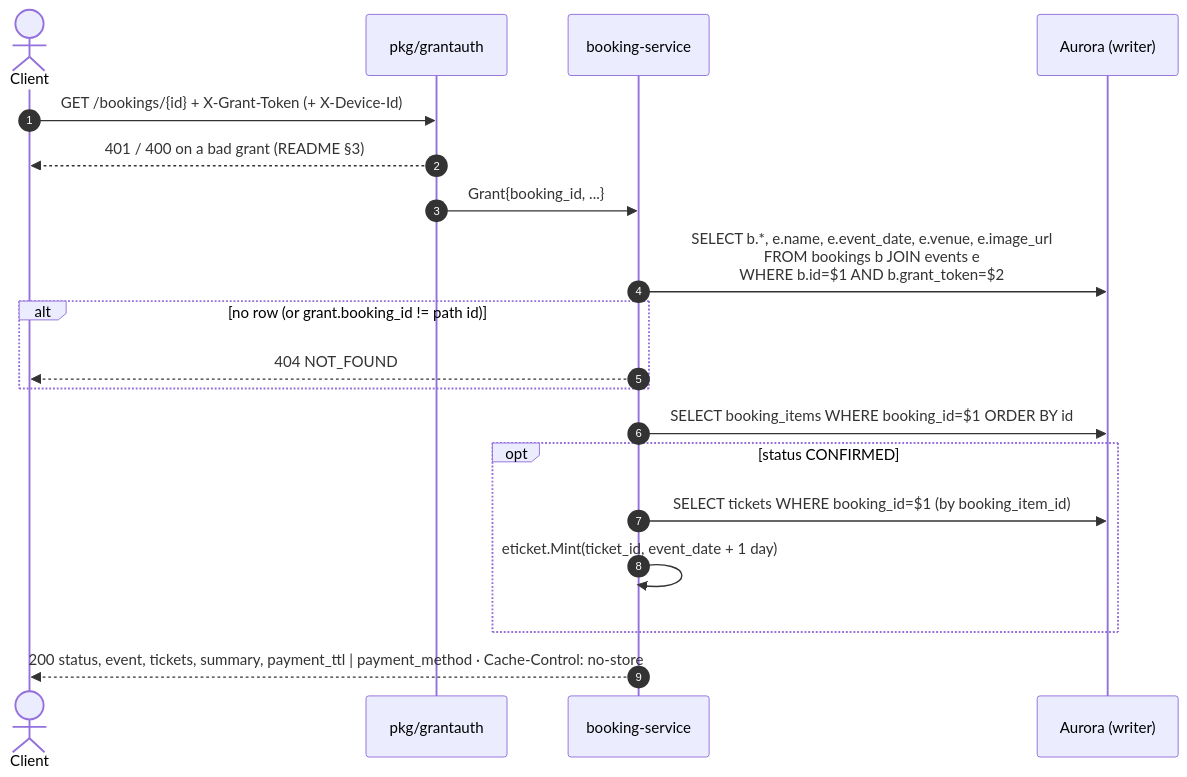
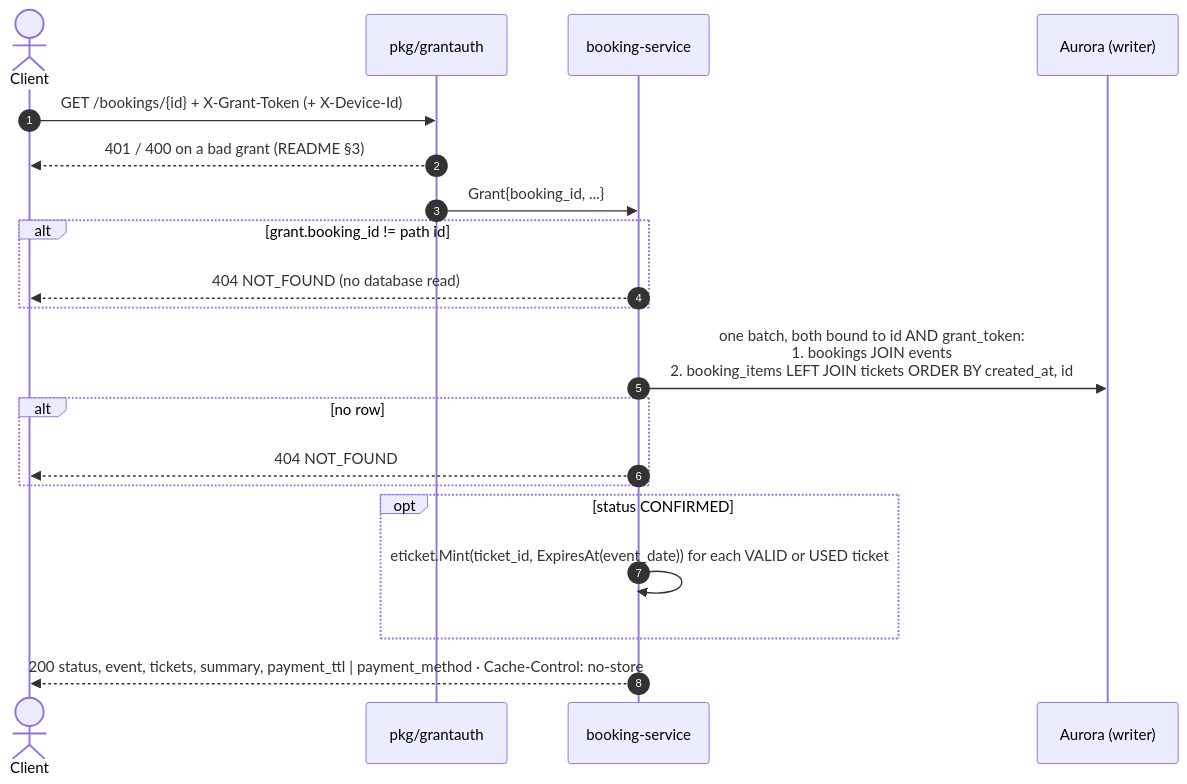
Before and after one commit to PTServerJanganTumbang-BookingTicket/be-rusuh-war-ticketing: the diagram in docs/05-booking/03-get-booking-detail.md, drawn with Mermaid. The commit also changed other lines of this file and 24 other files, not shown here.

First line of the commit message:
feat(booking): B3 booking detail and pkg/eticket

````diff
--- a/docs/05-booking/03-get-booking-detail.md
+++ b/docs/05-booking/03-get-booking-detail.md
@@ -24,22 +24,23 @@
 ```mermaid
 sequenceDiagram
     autonumber
     actor C as Client
     participant G as pkg/grantauth
     participant B as booking-service
     participant DB as Aurora (writer)
 
     C->>G: GET /bookings/{id} + X-Grant-Token (+ X-Device-Id)
     G-->>C: 401 / 400 on a bad grant (README §3)
     G->>B: Grant{booking_id, ...}
-    B->>DB: SELECT b.*, e.name, e.event_date, e.venue, e.image_url<br/>FROM bookings b JOIN events e<br/>WHERE b.id=$1 AND b.grant_token=$2
-    alt no row (or grant.booking_id != path id)
+    alt grant.booking_id != path id
+        B-->>C: 404 NOT_FOUND (no database read)
+    end
+    B->>DB: one batch, both bound to id AND grant_token:<br/>1. bookings JOIN events<br/>2. booking_items LEFT JOIN tickets ORDER BY created_at, id
+    alt no row
         B-->>C: 404 NOT_FOUND
     end
-    B->>DB: SELECT booking_items WHERE booking_id=$1 ORDER BY id
     opt status CONFIRMED
-        B->>DB: SELECT tickets WHERE booking_id=$1 (by booking_item_id)
-        B->>B: eticket.Mint(ticket_id, event_date + 1 day)
+        B->>B: eticket.Mint(ticket_id, ExpiresAt(event_date)) for each VALID or USED ticket
     end
     B-->>C: 200 status, event, tickets, summary, payment_ttl | payment_method · Cache-Control: no-store
 ```
````
